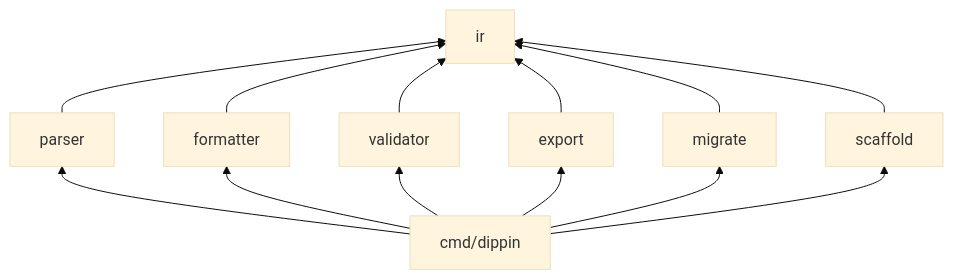
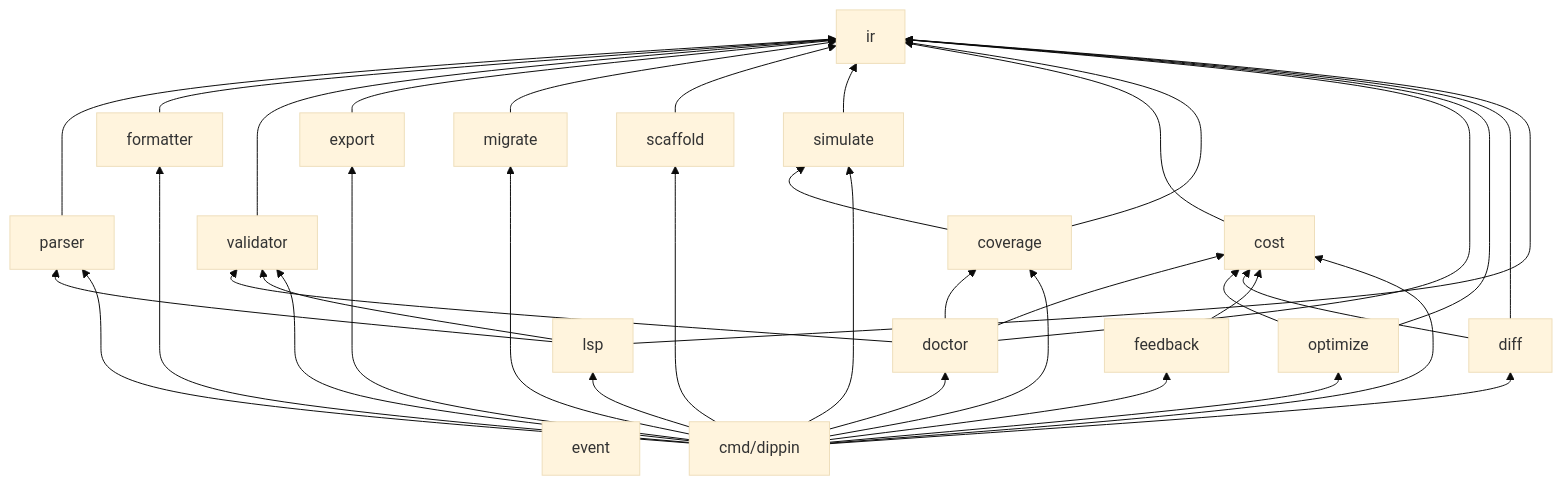
The second of 3 diagrams in docs/architecture.md (michellepellon/dippin-lang), drawn with Mermaid (base theme) before and after one commit. The commit also changed other lines of this file and 9 other files, not shown here.

````diff
--- a/docs/architecture.md
+++ b/docs/architecture.md
@@ -70,16 +143,41 @@
 ```mermaid
 graph BT
     ir["ir"]
     parser["parser"] --> ir
     formatter["formatter"] --> ir
     validator["validator"] --> ir
     export["export"] --> ir
     migrate["migrate"] --> ir
     scaffold["scaffold"] --> ir
+    simulate["simulate"] --> ir
+    event["event"]
+    cost["cost"] --> ir
+    coverage["coverage"] --> ir
+    coverage --> simulate
+    doctor["doctor"] --> ir
+    doctor --> validator
+    doctor --> coverage
+    doctor --> cost
+    optimize["optimize"] --> ir
+    optimize --> cost
+    diff["diff"] --> ir
+    diff --> cost
+    feedback["feedback"] --> cost
+    lsp["lsp"] --> ir
+    lsp --> parser
+    lsp --> validator
     cmd["cmd/dippin"] --> parser
     cmd --> formatter
     cmd --> validator
     cmd --> export
     cmd --> migrate
     cmd --> scaffold
+    cmd --> simulate
+    cmd --> cost
+    cmd --> coverage
+    cmd --> doctor
+    cmd --> optimize
+    cmd --> diff
+    cmd --> feedback
+    cmd --> lsp
 ```
````
